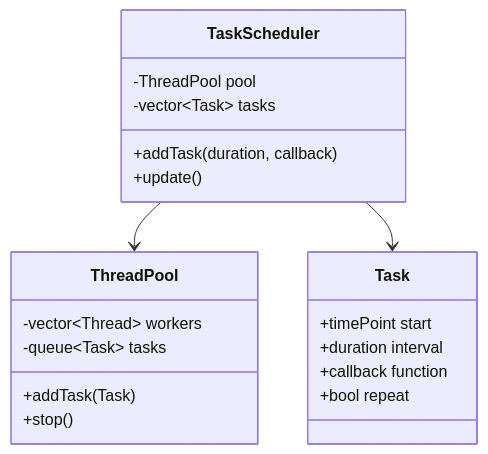
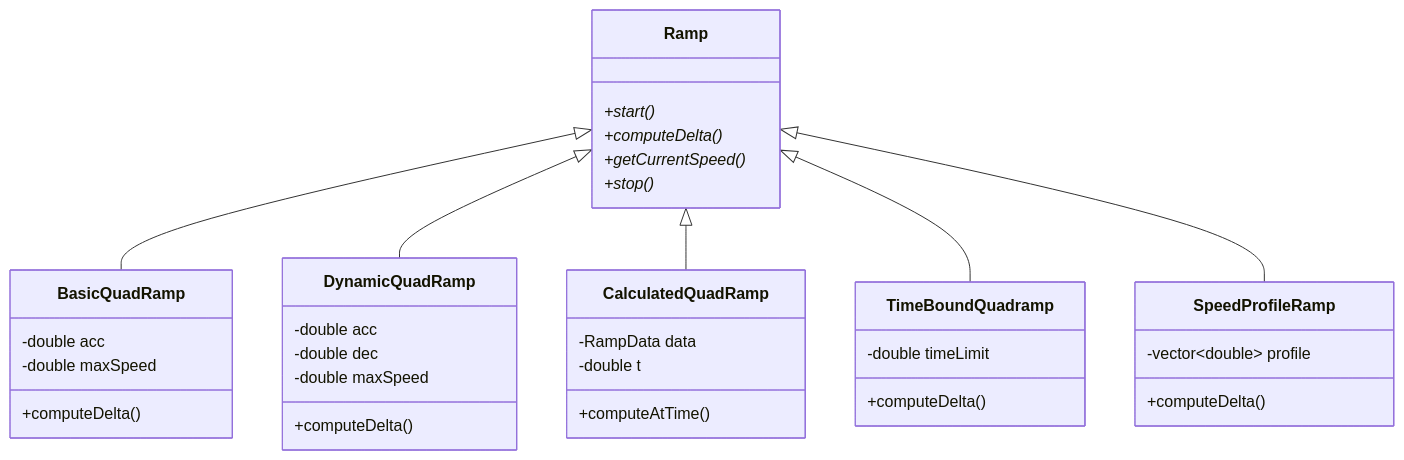
One commit to FogozIV/PAMITeensy changed the fifth of 20 diagrams in ARCHITECTURE.md. Above: the diagram before and after it, drawn with Mermaid. The commit also changed other lines of this file, not shown here.

Commit message:
Architecture update

````diff
--- a/ARCHITECTURE.md
+++ b/ARCHITECTURE.md
@@ -140,26 +228,44 @@
 ```mermaid
 classDiagram
-    class ThreadPool {
-        -vector~Thread~ workers
-        -queue~Task~ tasks
-        +addTask(Task)
-        +stop()
+    class Ramp {
+        +start()*
+        +computeDelta()*
+        +getCurrentSpeed()*
+        +stop()*
     }
     
-    class TaskScheduler {
-        -ThreadPool pool
-        -vector~Task~ tasks
-        +addTask(duration, callback)
-        +update()
+    class BasicQuadRamp {
+        -double acc
+        -double maxSpeed
+        +computeDelta()
     }
     
-    class Task {
-        +timePoint start
-        +duration interval
-        +callback function
-        +bool repeat
+    class DynamicQuadRamp {
+        -double acc
+        -double dec
+        -double maxSpeed
+        +computeDelta()
     }
     
-    TaskScheduler --> ThreadPool
-    TaskScheduler --> Task
+    class CalculatedQuadRamp {
+        -RampData data
+        -double t
+        +computeAtTime()
+    }
+    
+    class TimeBoundQuadramp {
+        -double timeLimit
+        +computeDelta()
+    }
+    
+    class SpeedProfileRamp {
+        -vector~double~ profile
+        +computeDelta()
+    }
+    
+    Ramp <|-- BasicQuadRamp
+    Ramp <|-- DynamicQuadRamp
+    Ramp <|-- CalculatedQuadRamp
+    Ramp <|-- TimeBoundQuadramp
+    Ramp <|-- SpeedProfileRamp
 ```
````
